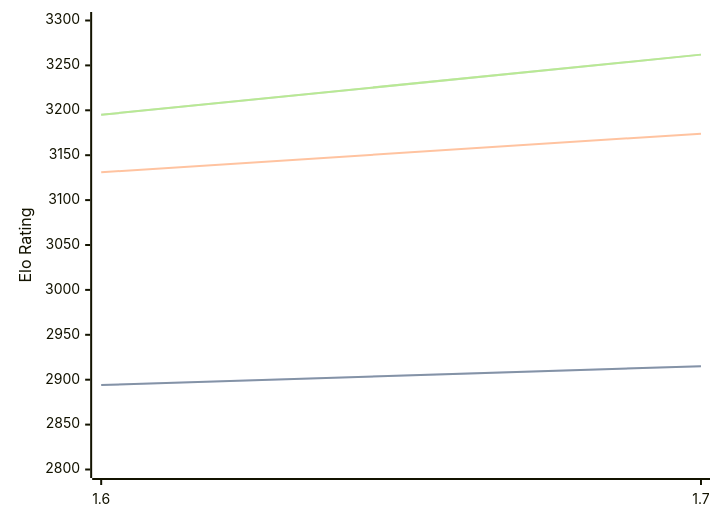
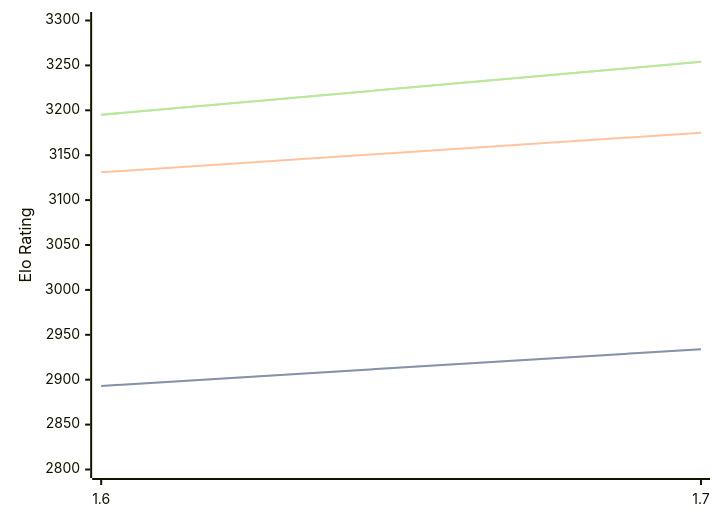
Before and after one commit to computer-chess-index/cci: the diagram in engines/Bitbit.md, drawn with Mermaid. The commit also changed other lines of this file, not shown here.

Commit message:
Update CCI Ratings (ELO VLTC) - 2026-08-06

````diff
--- a/engines/Bitbit.md
+++ b/engines/Bitbit.md
@@ -37,11 +37,11 @@
 ```mermaid
 %%{init: {"theme":"base","themeVariables":{"seriesColors:['#a3a3a3','#222221','#faa371']}}}%%
 xychart-beta
   x-axis ["1.6", "1.7"]
   y-axis "Elo Rating" 2800 --> 3300
-  line "STC (8.0+0.08s)" [2894, 2915]
-  line "STC (8.0+0.08s)" [2894, 2915]
-  line "LTC (60.0+0.60s)" [3131, 3174]
-  line "VLTC (2m24s+1.12s)" [3195, 3262]
-  line "VLTC (2m24s+1.12s)" [3195, 3262]
+  line "STC (8.0+0.08s)" [2893, 2934]
+  line "STC (8.0+0.08s)" [2893, 2934]
+  line "LTC (60.0+0.60s)" [3131, 3175]
+  line "VLTC (2m24s+1.12s)" [3195, 3254]
+  line "VLTC (2m24s+1.12s)" [3195, 3254]
 ```
````
